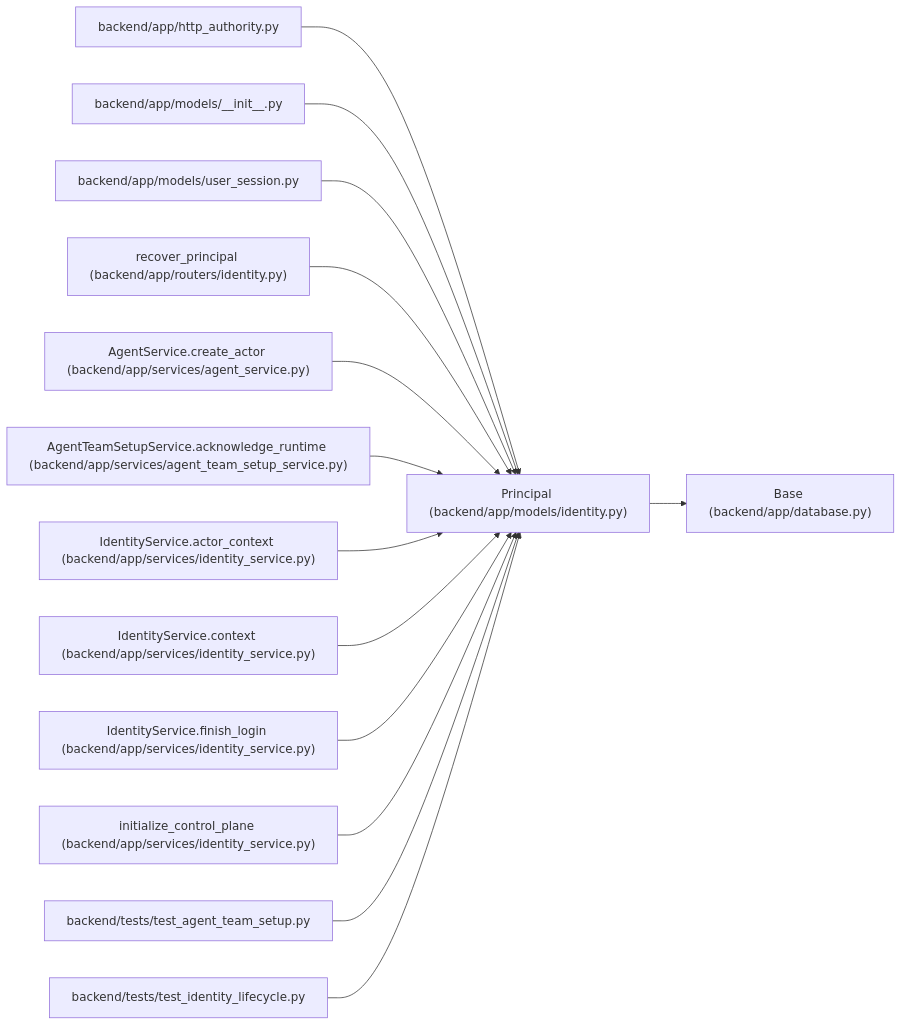
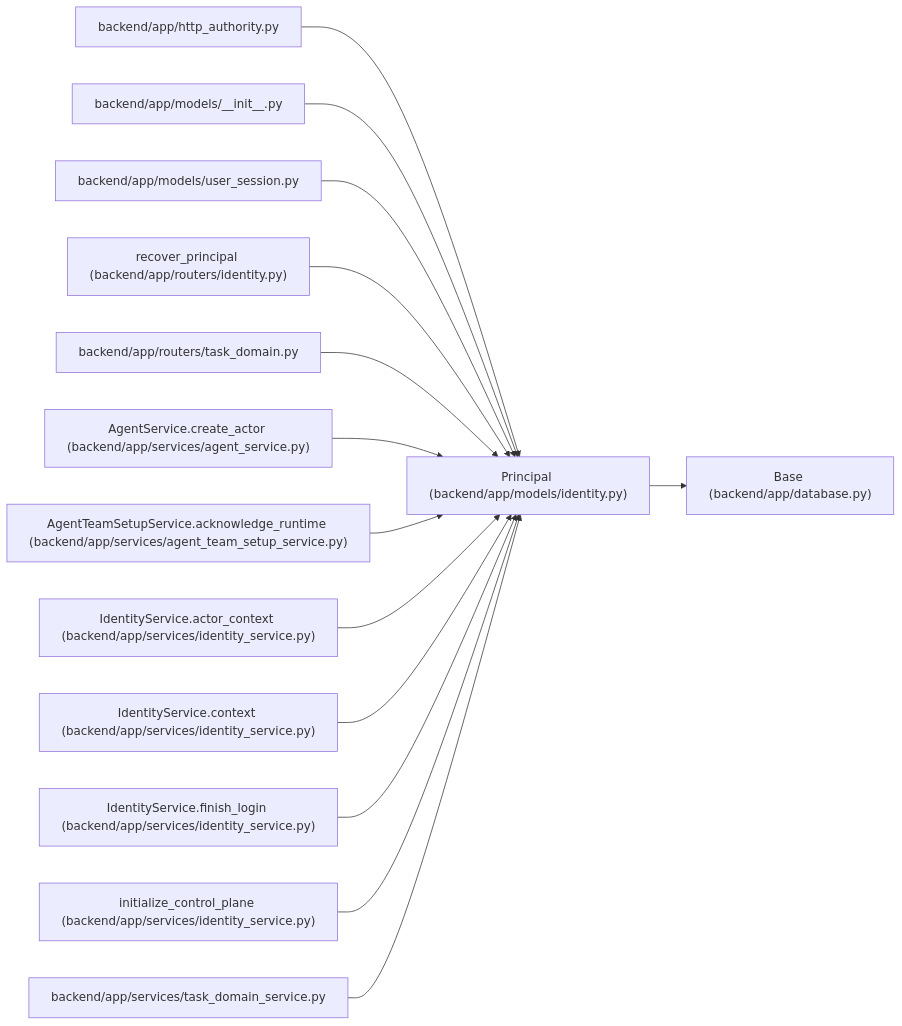
One commit to Denissvgn/WorkChord changed the diagram in docs/llm_wiki/entities/Principal.md. Above: the diagram before and after it, drawn with Mermaid. The commit also changed other lines of this file and 1238 other files, not shown here.

First line of the commit message:
docs(wiki): publish compact canonical domain architecture

````diff
--- a/docs/llm_wiki/entities/Principal.md
+++ b/docs/llm_wiki/entities/Principal.md
@@ -30,44 +30,44 @@
 ```mermaid
 flowchart LR
     n0["Principal (backend/app/models/identity.py)"]
     n1["Base (backend/app/database.py)"]
     n2["backend/app/http_authority.py"]
     n3["backend/app/models/__init__.py"]
     n4["backend/app/models/user_session.py"]
     n5["recover_principal (backend/app/routers/identity.py)"]
-    n6["AgentService.create_actor (backend/app/services/agent_service.py)"]
-    n7["AgentTeamSetupService.acknowledge_runtime (backend/app/services/agent_team_setup_service.py)"]
-    n8["IdentityService.actor_context (backend/app/services/identity_service.py)"]
-    n9["IdentityService.context (backend/app/services/identity_service.py)"]
-    n10["IdentityService.finish_login (backend/app/services/identity_service.py)"]
-    n11["initialize_control_plane (backend/app/services/identity_service.py)"]
-    n12["backend/tests/test_agent_team_setup.py"]
-    n13["backend/tests/test_identity_lifecycle.py"]
+    n6["backend/app/routers/task_domain.py"]
+    n7["AgentService.create_actor (backend/app/services/agent_service.py)"]
+    n8["AgentTeamSetupService.acknowledge_runtime (backend/app/services/agent_team_setup_service.py)"]
+    n9["IdentityService.actor_context (backend/app/services/identity_service.py)"]
+    n10["IdentityService.context (backend/app/services/identity_service.py)"]
+    n11["IdentityService.finish_login (backend/app/services/identity_service.py)"]
+    n12["initialize_control_plane (backend/app/services/identity_service.py)"]
+    n13["backend/app/services/task_domain_service.py"]
     n0 --> n1
     n2 --> n0
     n3 --> n0
     n4 --> n0
     n5 --> n0
     n6 --> n0
     n7 --> n0
     n8 --> n0
     n9 --> n0
     n10 --> n0
     n11 --> n0
     n12 --> n0
     n13 --> n0
     click n0 "../modules/models_identity.md"
     click n1 "../modules/app_database.md"
     click n2 "../modules/http_authority.md"
     click n3 "../modules/models___init__.md"
     click n4 "../modules/user_session.md"
     click n5 "../modules/routers_identity.md"
-    click n6 "../modules/agent_service.md"
-    click n7 "../modules/agent_team_setup_service.md"
-    click n8 "../modules/identity_service.md"
+    click n6 "../modules/routers_task_domain.md"
+    click n7 "../modules/agent_service.md"
+    click n8 "../modules/agent_team_setup_service.md"
     click n9 "../modules/identity_service.md"
     click n10 "../modules/identity_service.md"
     click n11 "../modules/identity_service.md"
-    click n12 "../modules/test_agent_team_setup.md"
-    click n13 "../modules/test_identity_lifecycle.md"
+    click n12 "../modules/identity_service.md"
+    click n13 "../modules/task_domain_service.md"
 ```
````
